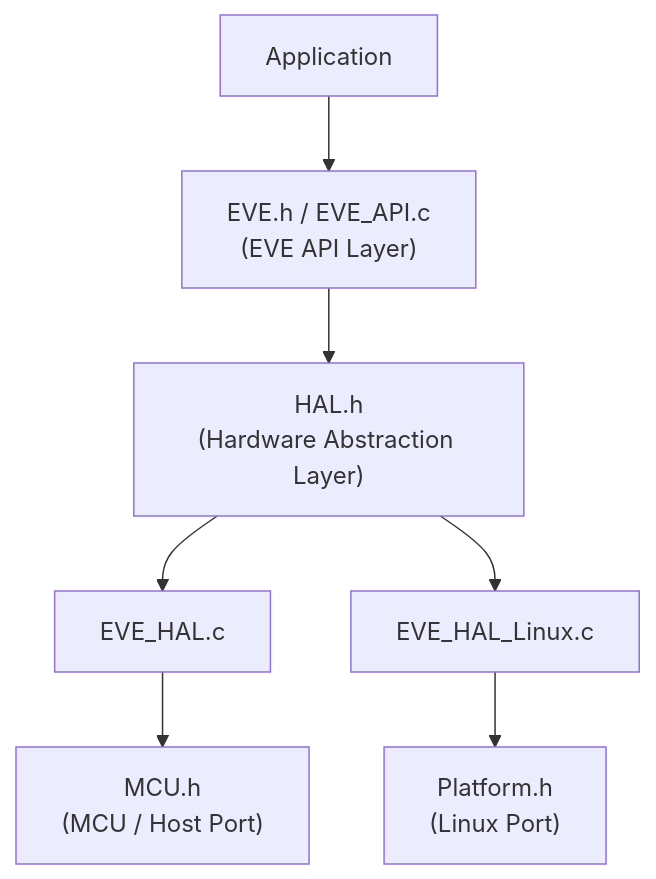
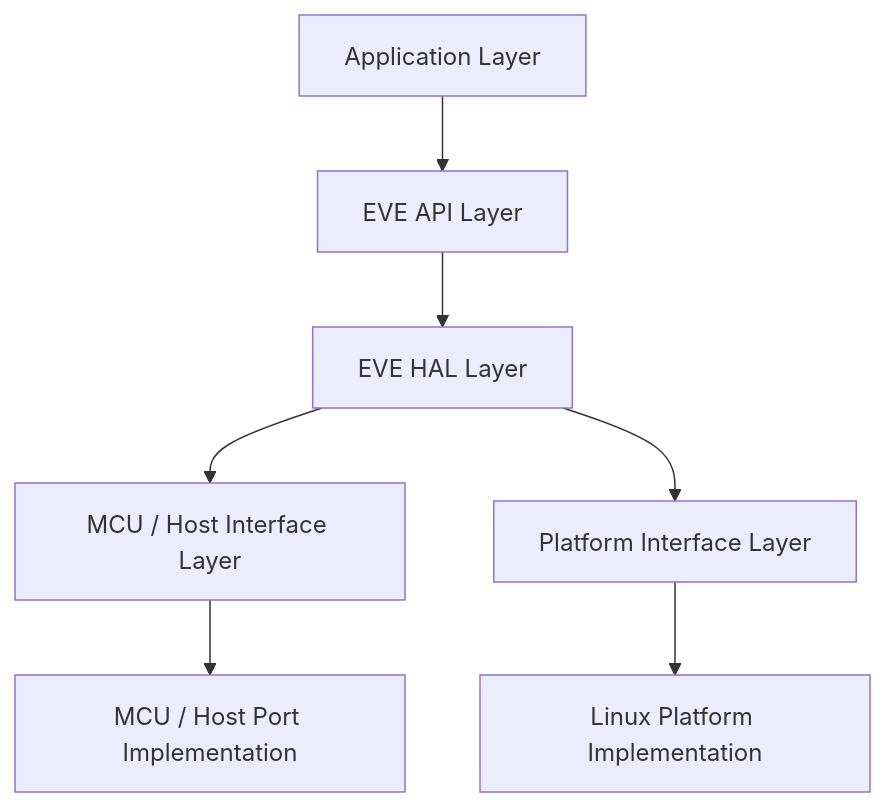
One commit to Bridgetek/EVE-MCU-BRT_AN_025 changed the diagram in README.md. Above: the diagram before and after it, drawn with Mermaid. The commit also changed other lines of this file and 4 other files, not shown here.

Commit message:
move HAL_MAX_CHUNK_SIZE to EVE_defs.h, rename to EVE_* namespace. Update top level readme.md

````diff
--- a/README.md
+++ b/README.md
@@ -121,22 +121,24 @@
 ```mermaid
 flowchart TD
-    APP["Application"]
-    API["EVE.h / EVE_API.c<br/>(EVE API Layer)"]
-    HAL["HAL.h<br/>(Hardware Abstraction Layer)"]
 
-    MCUHAL["EVE_HAL.c"]
-    LINUXHAL["EVE_HAL_Linux.c"]
+    APP["Application Layer"]
 
-    MCU["MCU.h<br/>(MCU / Host Port)"]
-    PLATFORM["Platform.h<br/>(Linux Port)"]
+    API["EVE API Layer"]
+
+    HAL["EVE HAL Layer"]
+
+    MCU["MCU / Host Interface Layer"]
+    PLATFORM["Platform Interface Layer"]
+
+    MCUPORT["MCU / Host Port Implementation"]
+    LINUXPORT["Linux Platform Implementation"]
 
     APP --> API
     API --> HAL
 
-    HAL --> MCUHAL
-    HAL --> LINUXHAL
+    HAL --> MCU
+    HAL --> PLATFORM
 
-    MCUHAL --> MCU
-    LINUXHAL --> PLATFORM
-
+    MCU --> MCUPORT
+    PLATFORM --> LINUXPORT
 ```
````
